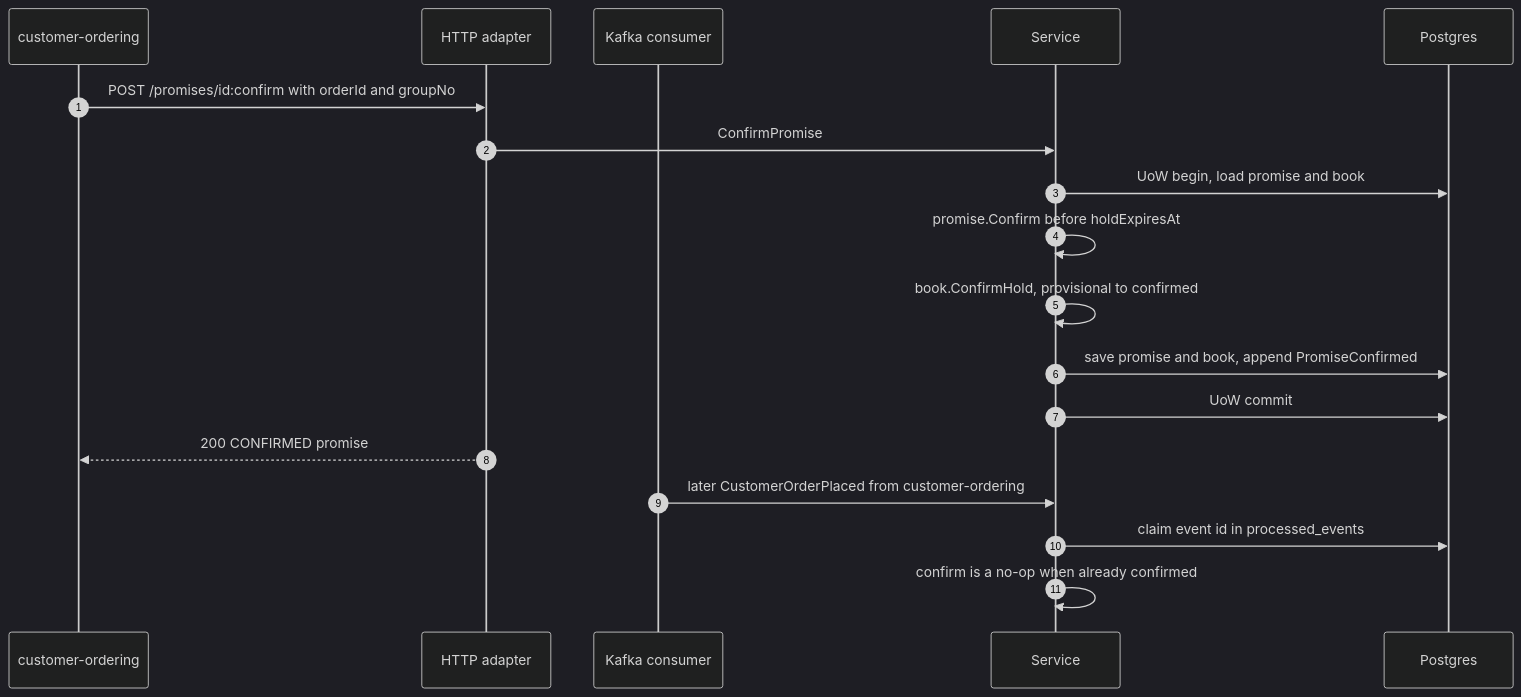
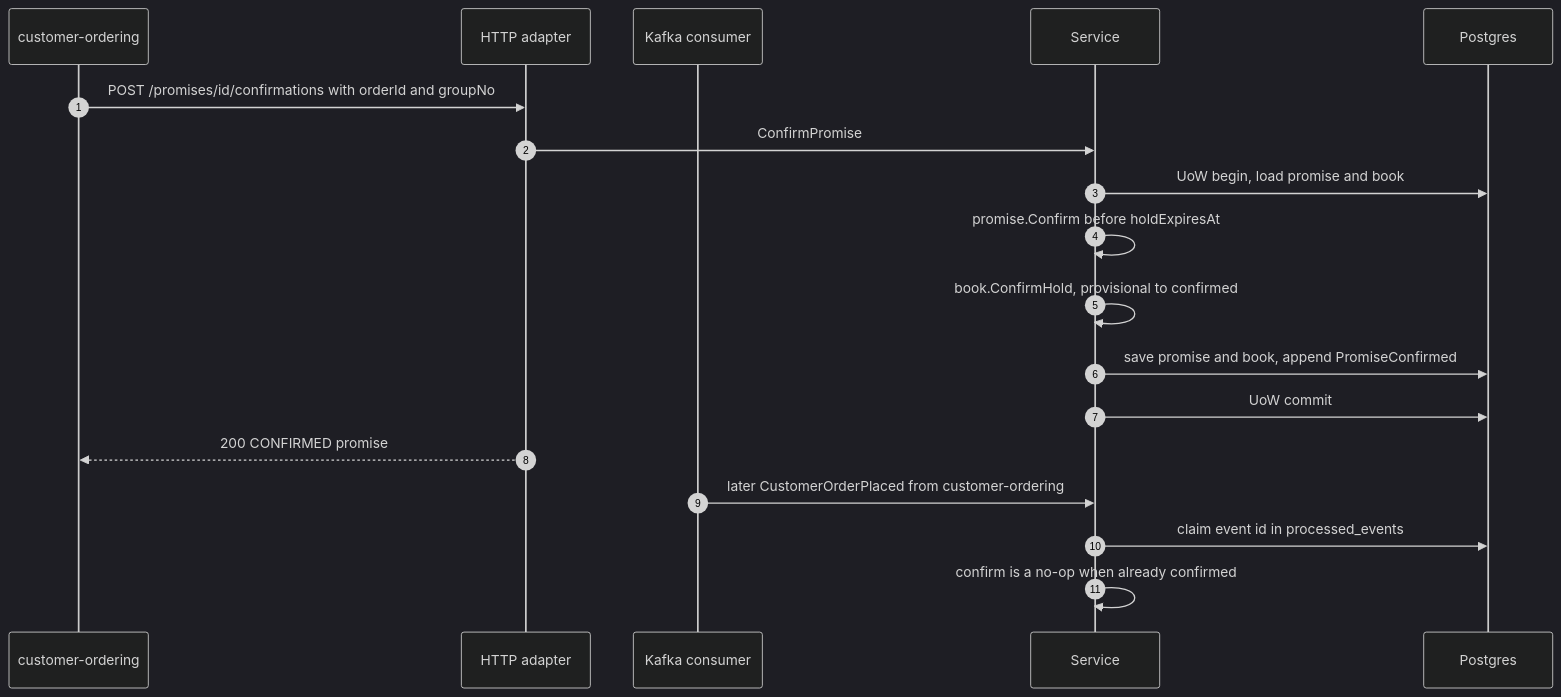
One commit to IQVO/delivery-promise changed the third of 9 diagrams in docs/docs/ddd/sequence-diagrams.md. Above: the diagram before and after it, drawn with Mermaid (dark theme). The commit also changed other lines of this file and 31 other files, not shown here.

````diff
--- a/docs/docs/ddd/sequence-diagrams.md
+++ b/docs/docs/ddd/sequence-diagrams.md
@@ -71,20 +71,20 @@
 ```mermaid
 sequenceDiagram
   autonumber
   participant CO as customer-ordering
   participant H as HTTP adapter
   participant K as Kafka consumer
   participant S as Service
   participant DB as Postgres
-  CO->>H: POST /promises/id:confirm with orderId and groupNo
+  CO->>H: POST /promises/id/confirmations with orderId and groupNo
   H->>S: ConfirmPromise
   S->>DB: UoW begin, load promise and book
   S->>S: promise.Confirm before holdExpiresAt
   S->>S: book.ConfirmHold, provisional to confirmed
   S->>DB: save promise and book, append PromiseConfirmed
   S->>DB: UoW commit
   H-->>CO: 200 CONFIRMED promise
   K->>S: later CustomerOrderPlaced from customer-ordering
   S->>DB: claim event id in processed_events
   S->>S: confirm is a no-op when already confirmed
 ```
````
